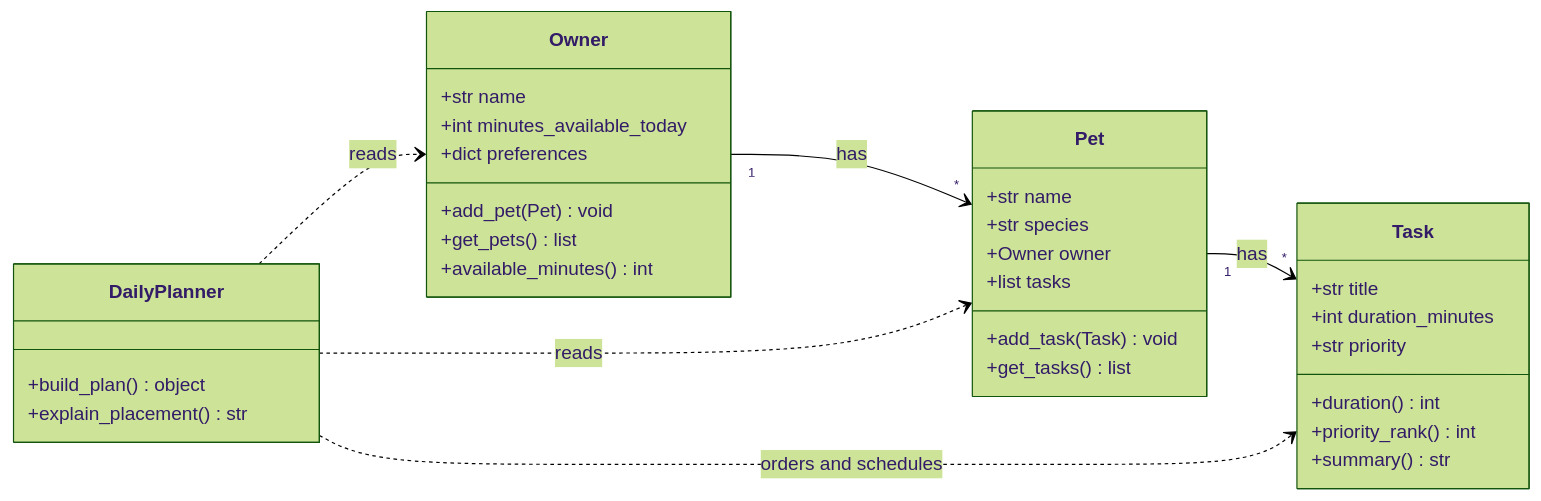
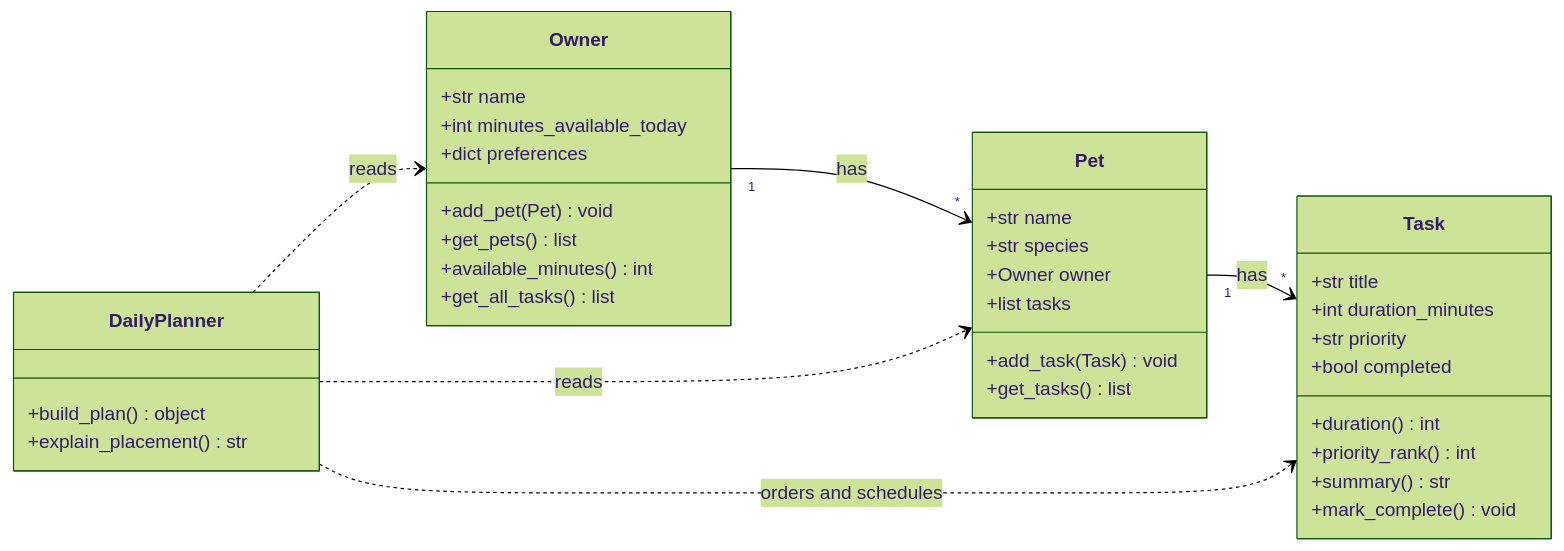
The diagram in reflection.md (Nick-Aurel/ai110-module2show-pawpal-starter), drawn with Mermaid (forest theme) before and after one commit. The commit also changed other lines of this file and 3 other files, not shown here.

````diff
--- a/reflection.md
+++ b/reflection.md
@@ -33,42 +33,45 @@
 ```mermaid
 classDiagram
     direction LR
 
     class Owner {
         +str name
         +int minutes_available_today
         +dict preferences
         +add_pet(Pet) void
         +get_pets() list
         +available_minutes() int
+        +get_all_tasks() list
     }
 
     class Pet {
         +str name
         +str species
         +Owner owner
         +list tasks
         +add_task(Task) void
         +get_tasks() list
     }
 
     class Task {
         +str title
         +int duration_minutes
         +str priority
+        +bool completed
         +duration() int
         +priority_rank() int
         +summary() str
+        +mark_complete() void
     }
 
     class DailyPlanner {
         +build_plan() object
         +explain_placement() str
     }
 
     Owner "1" --> "*" Pet : has
     Pet "1" --> "*" Task : has
     DailyPlanner ..> Owner : reads
     DailyPlanner ..> Pet : reads
     DailyPlanner ..> Task : orders and schedules
 ```
````
